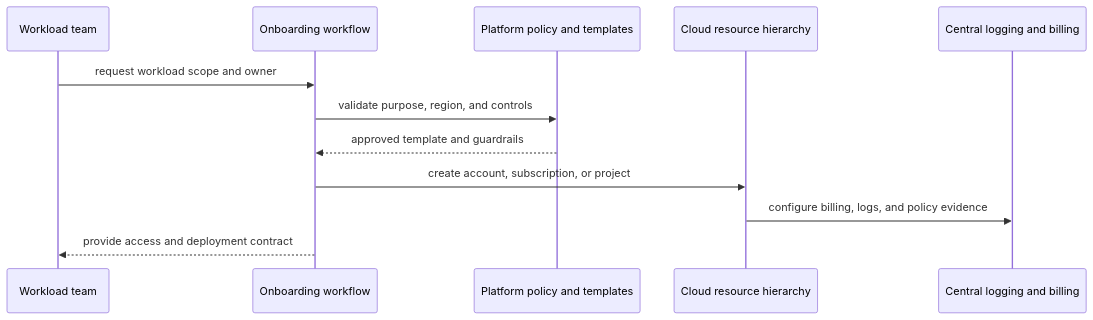
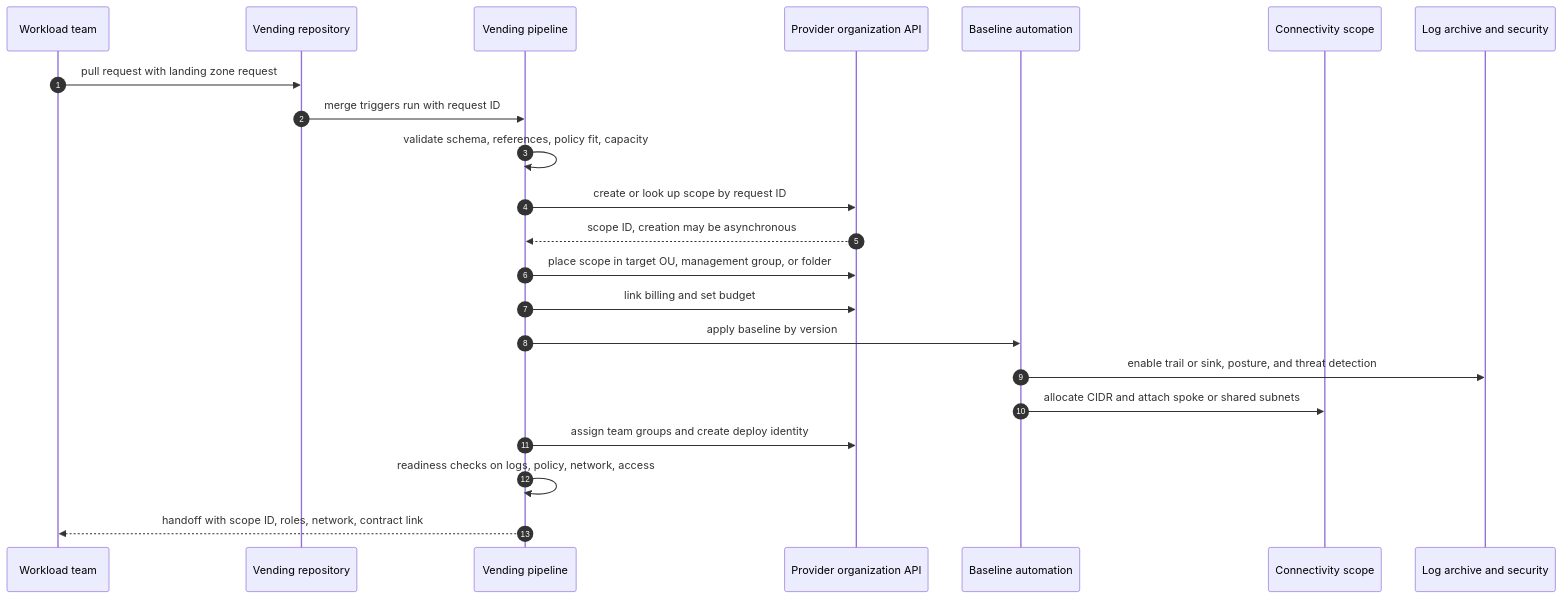
The fifth of 14 diagrams in 09_Cloud_Computing/CH15_Landing_Zones.md (joydasss/Architect), drawn with Mermaid before and after one commit. The commit also changed other lines of this file and 295 other files, not shown here.

````diff
--- a/09_Cloud_Computing/CH15_Landing_Zones.md
+++ b/09_Cloud_Computing/CH15_Landing_Zones.md
@@ -115,14 +428,24 @@
 ```mermaid
 sequenceDiagram
+    autonumber
     participant Team as Workload team
-    participant Portal as Onboarding workflow
-    participant Policy as Platform policy and templates
-    participant Provider as Cloud resource hierarchy
-    participant Audit as Central logging and billing
-    Team->>Portal: request workload scope and owner
-    Portal->>Policy: validate purpose, region, and controls
-    Policy-->>Portal: approved template and guardrails
-    Portal->>Provider: create account, subscription, or project
-    Provider->>Audit: configure billing, logs, and policy evidence
-    Portal-->>Team: provide access and deployment contract
+    participant Repo as Vending repository
+    participant Pipe as Vending pipeline
+    participant Prov as Provider organization API
+    participant Base as Baseline automation
+    participant Net as Connectivity scope
+    participant Sec as Log archive and security
+    Team->>Repo: pull request with landing zone request
+    Repo->>Pipe: merge triggers run with request ID
+    Pipe->>Pipe: validate schema, references, policy fit, capacity
+    Pipe->>Prov: create or look up scope by request ID
+    Prov-->>Pipe: scope ID, creation may be asynchronous
+    Pipe->>Prov: place scope in target OU, management group, or folder
+    Pipe->>Prov: link billing and set budget
+    Pipe->>Base: apply baseline by version
+    Base->>Sec: enable trail or sink, posture, and threat detection
+    Base->>Net: allocate CIDR and attach spoke or shared subnets
+    Pipe->>Prov: assign team groups and create deploy identity
+    Pipe->>Pipe: readiness checks on logs, policy, network, access
+    Pipe-->>Team: handoff with scope ID, roles, network, contract link
 ```
````
